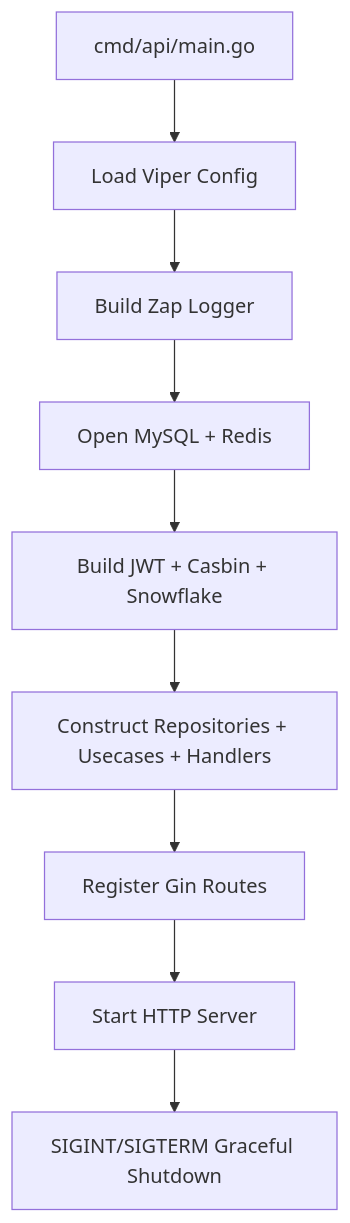
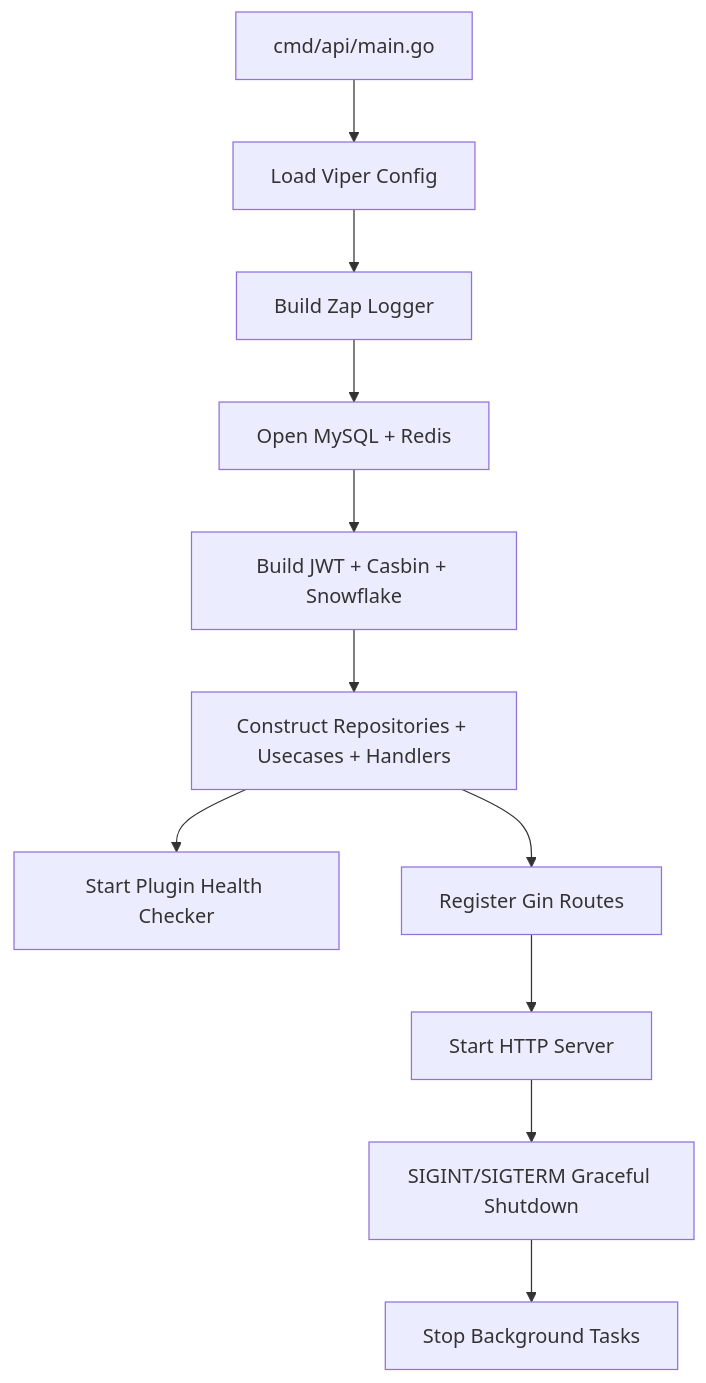
The second of 3 diagrams in docs/architecture/system-design.md (rin721/keiyaku-go), drawn with Mermaid before and after one commit. The commit also changed other lines of this file and 23 other files, not shown here.

````diff
--- a/docs/architecture/system-design.md
+++ b/docs/architecture/system-design.md
@@ -55,11 +55,13 @@
 ```mermaid
 flowchart TD
   Main["cmd/api/main.go"] --> Config["Load Viper Config"]
   Config --> Logger["Build Zap Logger"]
   Logger --> Store["Open MySQL + Redis"]
   Store --> Security["Build JWT + Casbin + Snowflake"]
   Security --> App["Construct Repositories + Usecases + Handlers"]
+  App --> Background["Start Plugin Health Checker"]
   App --> Router["Register Gin Routes"]
   Router --> Server["Start HTTP Server"]
   Server --> Shutdown["SIGINT/SIGTERM Graceful Shutdown"]
+  Shutdown --> StopBackground["Stop Background Tasks"]
 ```
````
